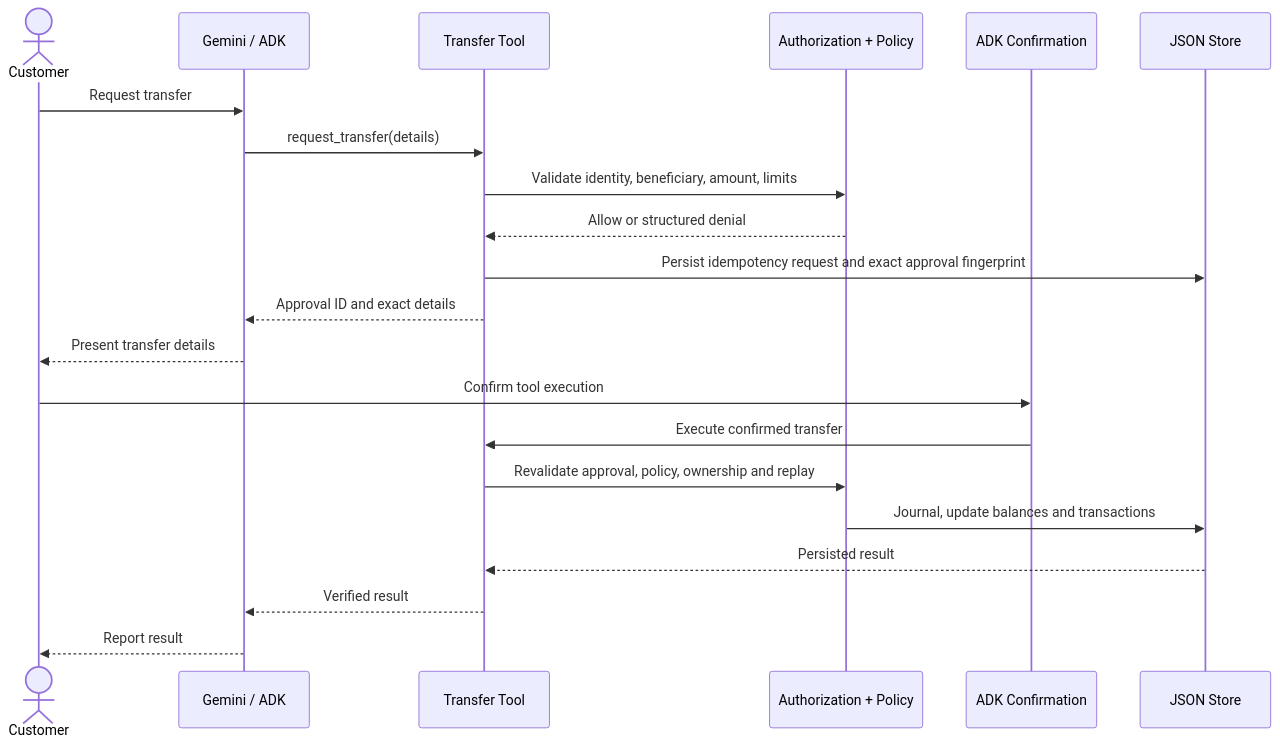
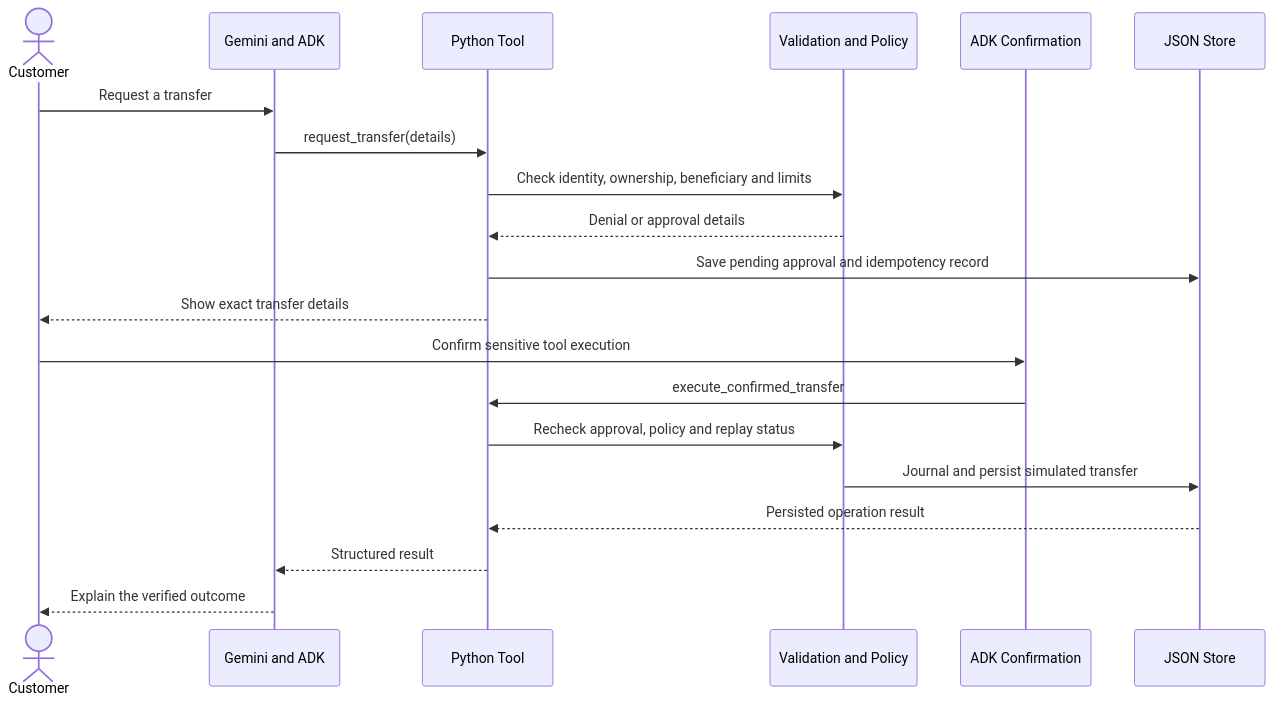
The second of 3 diagrams in README.md (MustakimShaikh01/Harness-Demo), drawn with Mermaid before and after one commit. The commit also changed other lines of this file, not shown here.

````diff
--- a/README.md
+++ b/README.md
@@ -53,24 +41,23 @@
 ```mermaid
 sequenceDiagram
     actor Customer
-    participant Agent as Gemini / ADK
-    participant Tool as Transfer Tool
-    participant Harness as Authorization + Policy
+    participant Agent as Gemini and ADK
+    participant Tool as Python Tool
+    participant Harness as Validation and Policy
     participant UI as ADK Confirmation
     participant Store as JSON Store
 
-    Customer->>Agent: Request transfer
+    Customer->>Agent: Request a transfer
     Agent->>Tool: request_transfer(details)
-    Tool->>Harness: Validate identity, beneficiary, amount, limits
-    Harness-->>Tool: Allow or structured denial
-    Tool->>Store: Persist idempotency request and exact approval fingerprint
-    Tool-->>Agent: Approval ID and exact details
-    Agent-->>Customer: Present transfer details
-    Customer->>UI: Confirm tool execution
-    UI->>Tool: Execute confirmed transfer
-    Tool->>Harness: Revalidate approval, policy, ownership and replay
-    Harness->>Store: Journal, update balances and transactions
-    Store-->>Tool: Persisted result
-    Tool-->>Agent: Verified result
-    Agent-->>Customer: Report result
+    Tool->>Harness: Check identity, ownership, beneficiary and limits
+    Harness-->>Tool: Denial or approval details
+    Tool->>Store: Save pending approval and idempotency record
+    Tool-->>Customer: Show exact transfer details
+    Customer->>UI: Confirm sensitive tool execution
+    UI->>Tool: execute_confirmed_transfer
+    Tool->>Harness: Recheck approval, policy and replay status
+    Harness->>Store: Journal and persist simulated transfer
+    Store-->>Tool: Persisted operation result
+    Tool-->>Agent: Structured result
+    Agent-->>Customer: Explain the verified outcome
 ```
````
